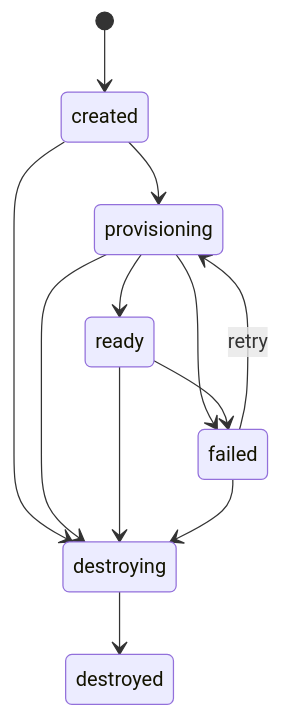
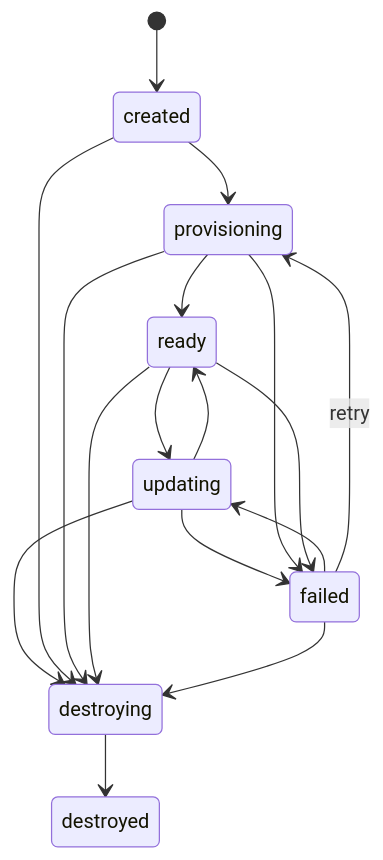
One commit to dblooman/envy changed the diagram in docs/domain-model.md. Above: the diagram before and after it, drawn with Mermaid. The commit also changed other lines of this file and 32 other files, not shown here.

````diff
--- a/docs/domain-model.md
+++ b/docs/domain-model.md
@@ -37,14 +37,19 @@
 ```mermaid
 stateDiagram-v2
   [*] --> created
+  ready --> updating
+  failed --> updating
+  updating --> ready
+  updating --> failed
+  updating --> destroying
   created --> provisioning
   provisioning --> ready
   provisioning --> failed
   ready --> failed
   failed --> provisioning: retry
   created --> destroying
   provisioning --> destroying
   ready --> destroying
   failed --> destroying
   destroying --> destroyed
 ```
````
